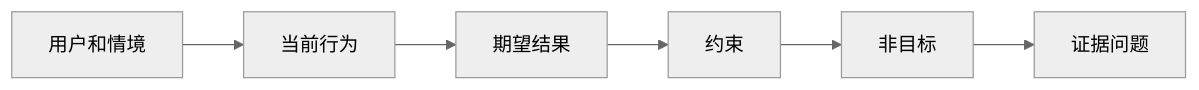
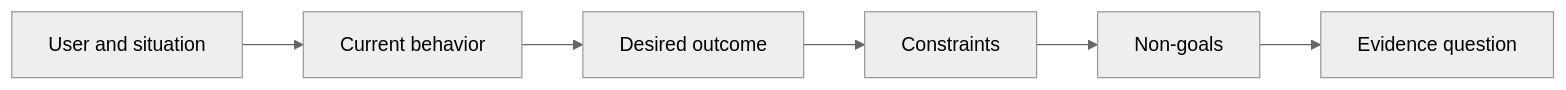
One commit to xiaojiaenen/ai-engineering-from-scratch-zh changed the diagram in i18n/zh/phases/14-agent-engineering/47-outcomes-before-output/docs/zh.md. Above: the diagram before and after it, drawn with Mermaid (neutral theme). The commit also changed other lines of this file and 54 other files, not shown here.

````diff
--- a/i18n/zh/phases/14-agent-engineering/47-outcomes-before-output/docs/zh.md
+++ b/i18n/zh/phases/14-agent-engineering/47-outcomes-before-output/docs/zh.md
@@ -38,8 +38,8 @@
 ```mermaid
 flowchart LR
-  U[用户和情境] --> C[当前行为]
-  C --> O[期望结果]
-  O --> K[约束]
-  K --> N[非目标]
-  N --> E[证据问题]
+  U[User and situation] --> C[Current behavior]
+  C --> O[Desired outcome]
+  O --> K[Constraints]
+  K --> N[Non-goals]
+  N --> E[Evidence question]
 ```
````
